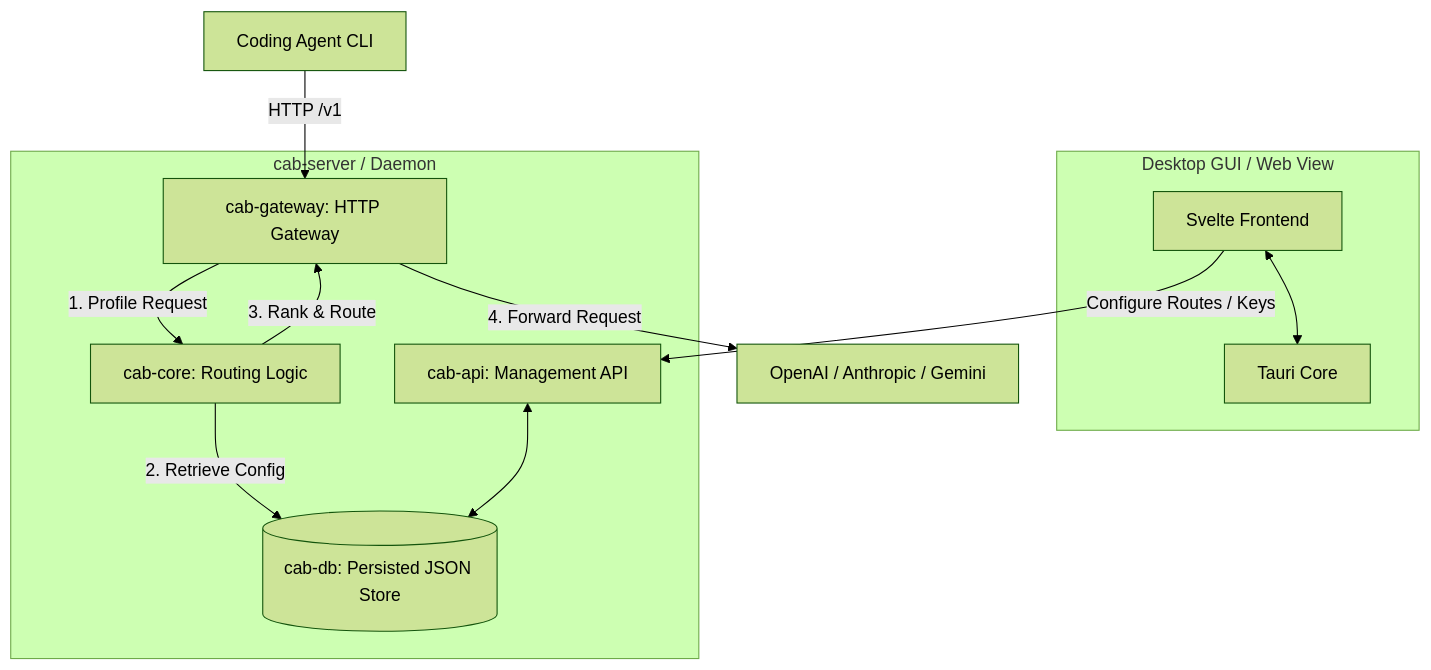
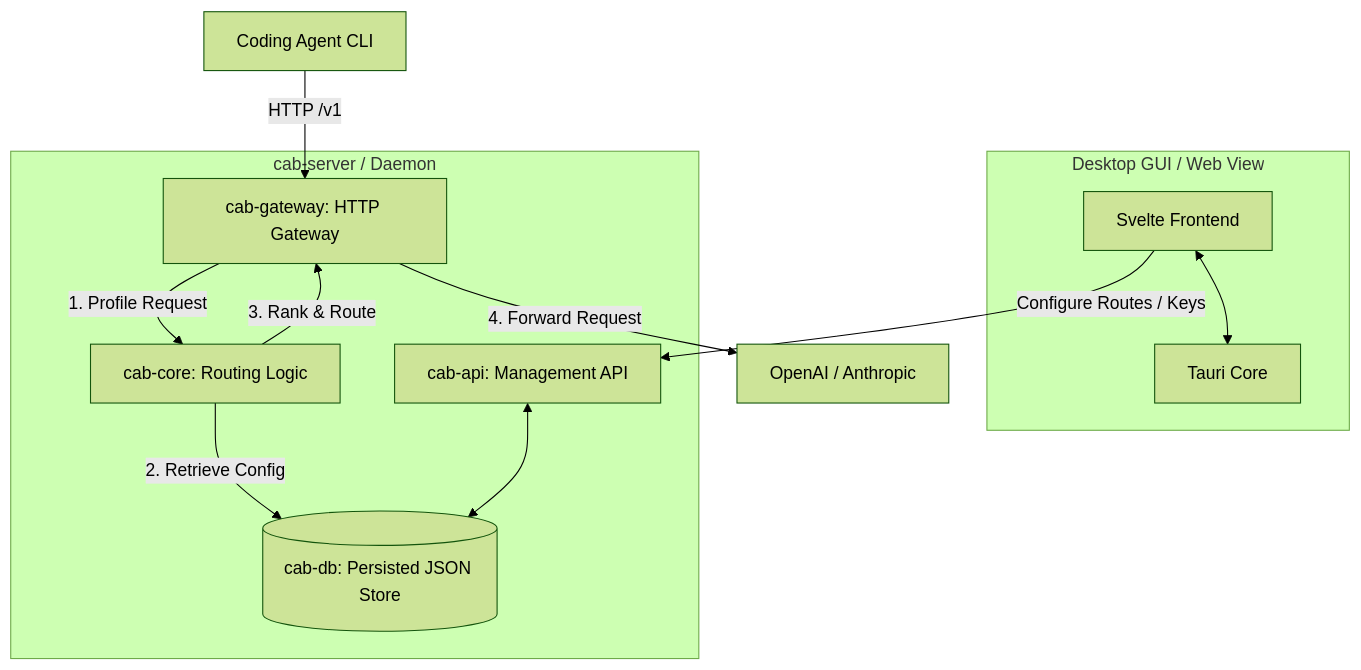
One commit to xiongdi/cab changed the diagram in README.md. Above: the diagram before and after it, drawn with Mermaid (forest theme). The commit also changed other lines of this file and 116 other files, not shown here.

````diff
--- a/README.md
+++ b/README.md
@@ -21,21 +21,21 @@
 ```mermaid
 graph TD
     subgraph Frontend [Desktop GUI / Web View]
         Svelte[Svelte Frontend] <--> Tauri[Tauri Core]
     end
 
     subgraph Backend [cab-server / Daemon]
         API[cab-api: Management API]
         Gateway[cab-gateway: HTTP Gateway]
         DB[(cab-db: Persisted JSON Store)]
         Core[cab-core: Routing Logic]
     end
 
     AgentCLI[Coding Agent CLI] -- "HTTP /v1" --> Gateway
     Gateway -- "1. Profile Request" --> Core
     Core -- "2. Retrieve Config" --> DB
     Core -- "3. Rank & Route" --> Gateway
-    Gateway -- "4. Forward Request" --> LLM[OpenAI / Anthropic / Gemini]
+    Gateway -- "4. Forward Request" --> LLM[OpenAI / Anthropic]
     Svelte -- "Configure Routes / Keys" --> API
     API <--> DB
 ```
````
